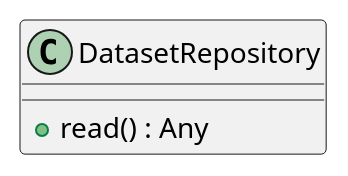
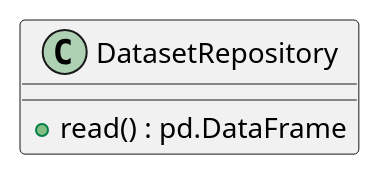
One commit to lgcorzo/llmops-python-package changed the first of 5 diagrams in openwiki/modules/src/autogen_team/data_access/repositories.md. Above: the diagram before and after it, drawn with PlantUML. The commit also changed other lines of this file and 155 other files, not shown here.

````diff
--- a/openwiki/modules/src/autogen_team/data_access/repositories.md
+++ b/openwiki/modules/src/autogen_team/data_access/repositories.md
@@ -53,7 +62,7 @@
 ```plantuml
 @startuml
     class DatasetRepository {
-        +read() : Any
+        +read() : pd.DataFrame
     }
 @enduml
 ```
````
